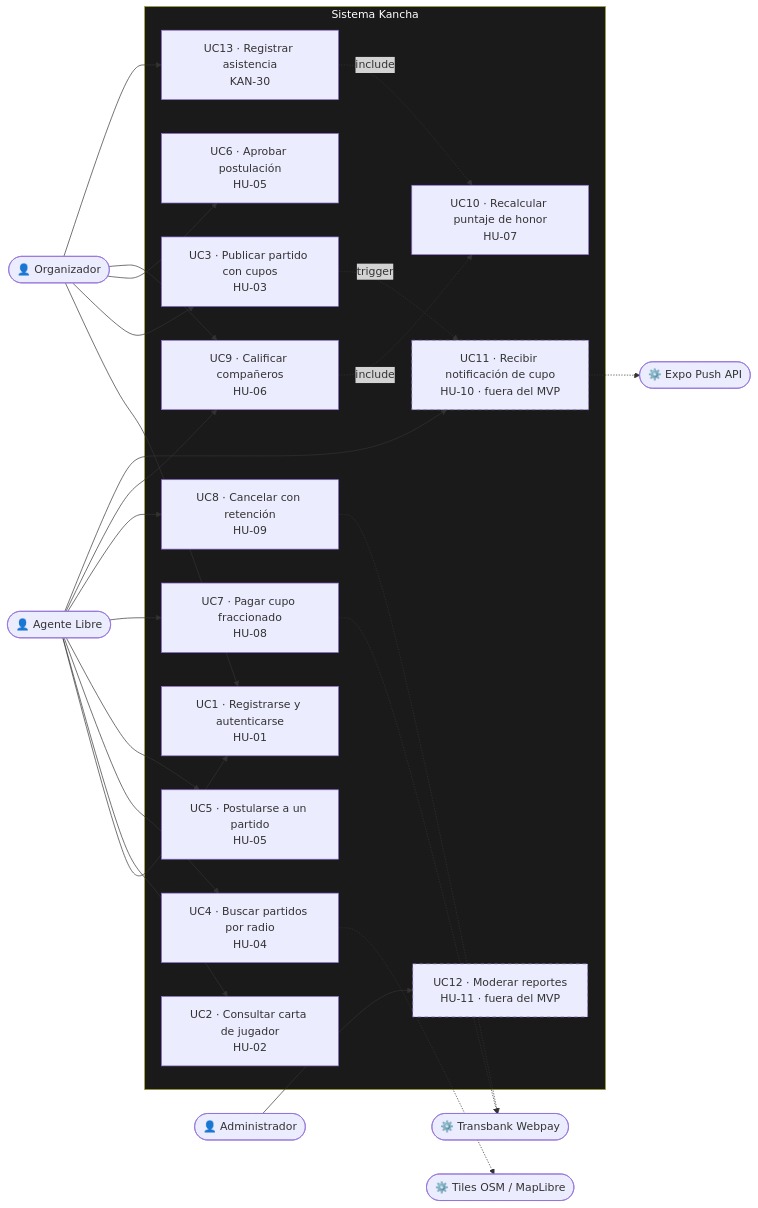
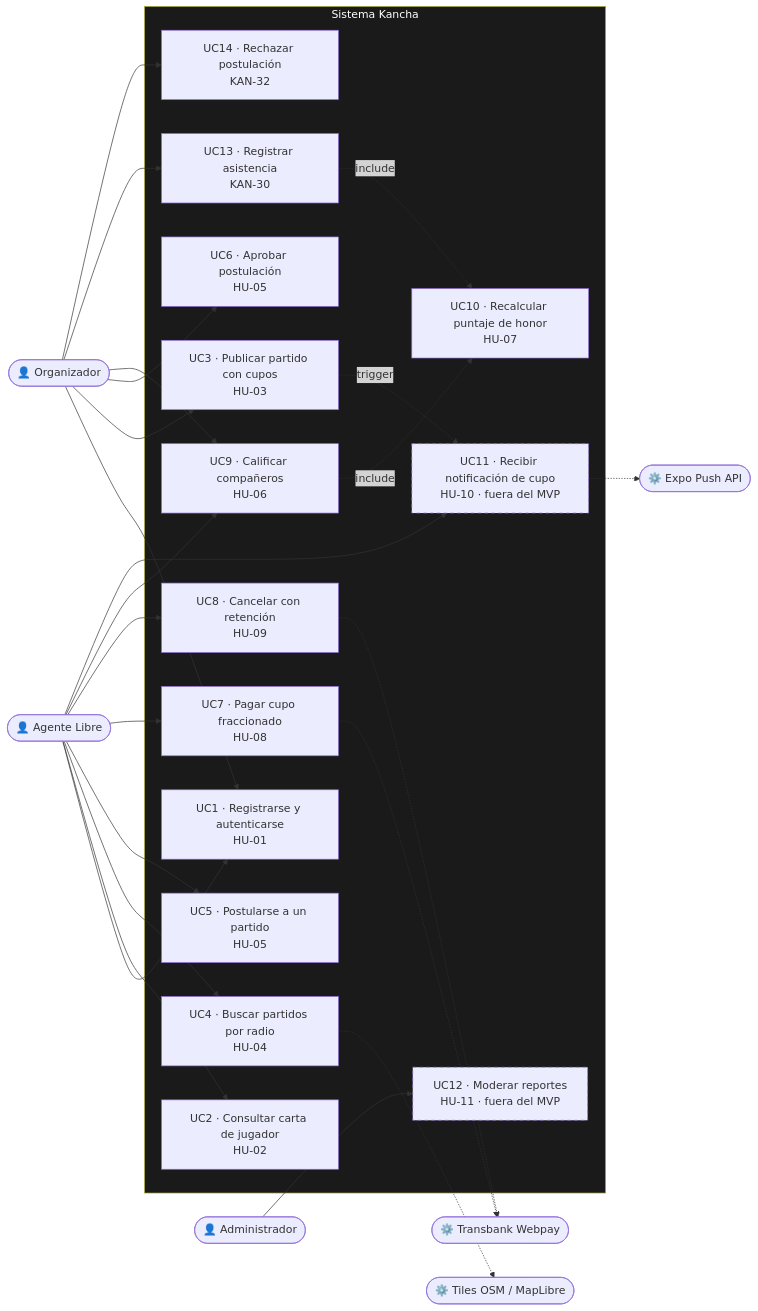
One commit to avenaaaa/KANCHA changed the diagram in fase-2-desarrollo/docs/diagramas/casos-de-uso.mmd. Above: the diagram before and after it, drawn with Mermaid. The commit also changed 21 other files, not shown here.

```diff
--- a/fase-2-desarrollo/docs/diagramas/casos-de-uso.mmd
+++ b/fase-2-desarrollo/docs/diagramas/casos-de-uso.mmd
@@ -1,39 +1,40 @@
 flowchart LR
     AL(["👤 Agente Libre"])
     OR(["👤 Organizador"])
     AD(["👤 Administrador"])
     TBK(["⚙️ Transbank Webpay"])
     PUSH(["⚙️ Expo Push API"])
     MAP(["⚙️ Tiles OSM / MapLibre"])
 
     subgraph KANCHA["Sistema Kancha"]
         UC1["UC1 · Registrarse y autenticarse<br/>HU-01"]
         UC2["UC2 · Consultar carta de jugador<br/>HU-02"]
         UC3["UC3 · Publicar partido con cupos<br/>HU-03"]
         UC4["UC4 · Buscar partidos por radio<br/>HU-04"]
         UC5["UC5 · Postularse a un partido<br/>HU-05"]
         UC6["UC6 · Aprobar postulación<br/>HU-05"]
         UC7["UC7 · Pagar cupo fraccionado<br/>HU-08"]
         UC8["UC8 · Cancelar con retención<br/>HU-09"]
         UC9["UC9 · Calificar compañeros<br/>HU-06"]
         UC10["UC10 · Recalcular puntaje de honor<br/>HU-07"]
         UC11["UC11 · Recibir notificación de cupo<br/>HU-10 · fuera del MVP"]
         UC12["UC12 · Moderar reportes<br/>HU-11 · fuera del MVP"]
         UC13["UC13 · Registrar asistencia<br/>KAN-30"]
+        UC14["UC14 · Rechazar postulación<br/>KAN-32"]
     end
 
     AL --> UC1 & UC2 & UC4 & UC5 & UC7 & UC8 & UC9 & UC11
-    OR --> UC1 & UC3 & UC6 & UC9 & UC13
+    OR --> UC1 & UC3 & UC6 & UC9 & UC13 & UC14
     AD --> UC12
 
     UC7 -.-> TBK
     UC8 -.-> TBK
     UC9 -.->|"include"| UC10
     UC4 -.-> MAP
     UC11 -.-> PUSH
     UC3 -.->|"trigger"| UC11
     UC13 -.->|"include"| UC10
 
     style UC11 stroke-dasharray: 5 5
     style UC12 stroke-dasharray: 5 5
     style KANCHA fill:#1A1A1A,color:#FFFFFF
```
